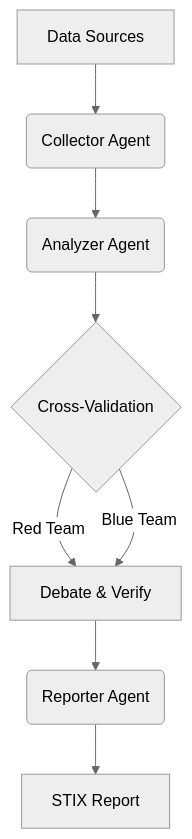
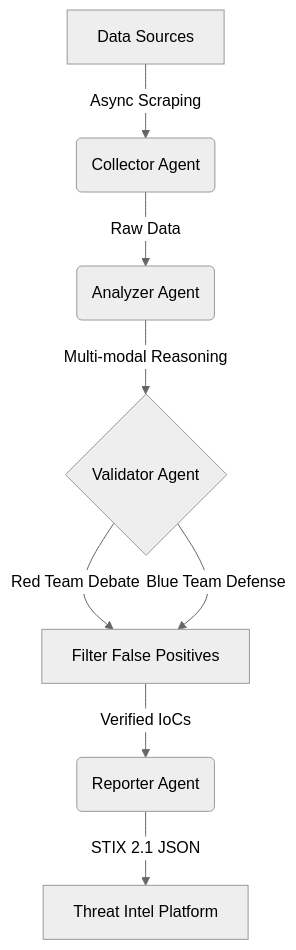
The diagram in README.md (53039843/osint-agent-network), drawn with Mermaid (neutral theme) before and after one commit. The commit also changed other lines of this file and 6 other files, not shown here.

Commit message:
feat: complete core implementation with LLM client, multi-modal analysis, red/blue team validation and STIX reporting

````diff
--- a/README.md
+++ b/README.md
@@ -23,10 +24,10 @@
 ```mermaid
 graph TD
-    A[Data Sources] --> B(Collector Agent)
-    B --> C(Analyzer Agent)
-    C --> D{Cross-Validation}
-    D -->|Red Team| E[Debate & Verify]
-    D -->|Blue Team| E
-    E --> F(Reporter Agent)
-    F --> G[STIX Report]
+    A[Data Sources] -->|Async Scraping| B(Collector Agent)
+    B -->|Raw Data| C(Analyzer Agent)
+    C -->|Multi-modal Reasoning| D{Validator Agent}
+    D -->|Red Team Debate| E[Filter False Positives]
+    D -->|Blue Team Defense| E
+    E -->|Verified IoCs| F(Reporter Agent)
+    F -->|STIX 2.1 JSON| G[Threat Intel Platform]
 ```
````
